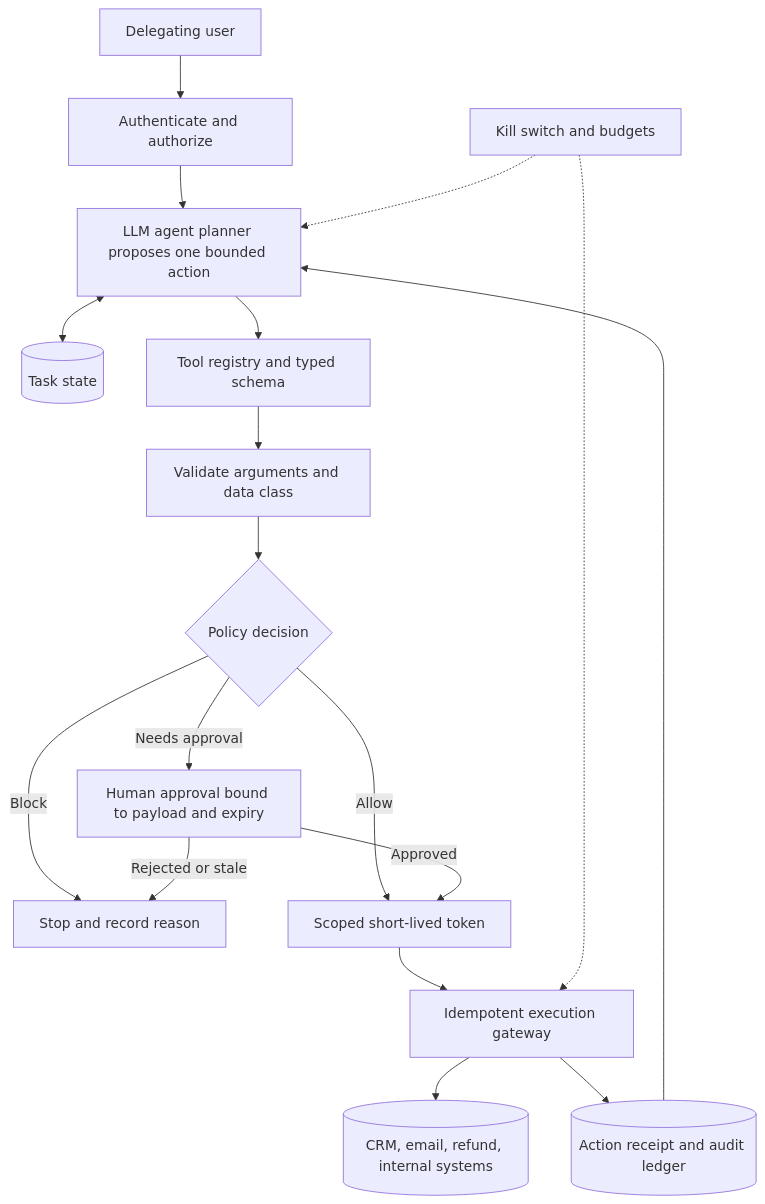
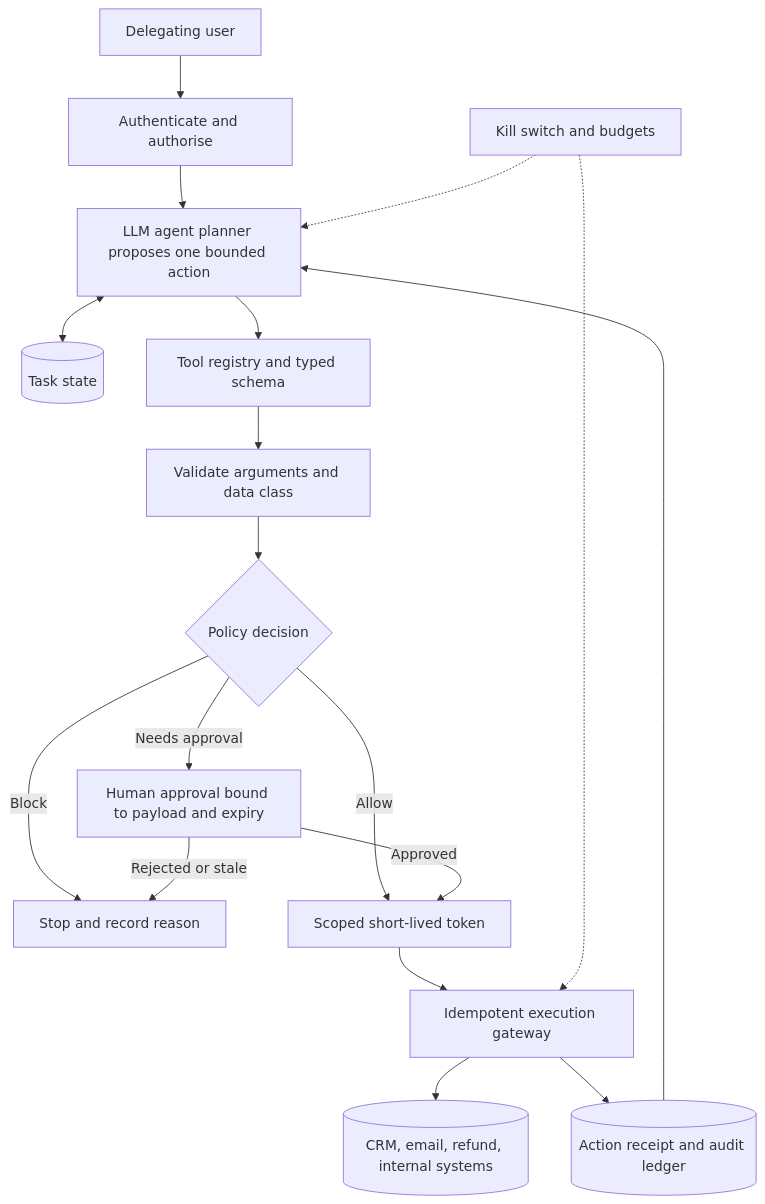
One commit to Sourav692/Forward-Deployed-Engineer-Interview-Prep changed the diagram in site/content/modules/15-fde-case-studies/agents-that-act/tool-using-agent-with-safety-controls/main.md. Above: the diagram before and after it, drawn with Mermaid. The commit also changed 191 other files, not shown here.

First line of the commit message:
content: British spellings inside diagrams (AF-06)

````diff
--- a/site/content/modules/15-fde-case-studies/agents-that-act/tool-using-agent-with-safety-controls/main.md
+++ b/site/content/modules/15-fde-case-studies/agents-that-act/tool-using-agent-with-safety-controls/main.md
@@ -97,20 +97,20 @@
 ```mermaid
 flowchart TB
-    USER[Delegating user] --> EDGE[Authenticate and authorize]
+    USER[Delegating user] --> EDGE[Authenticate and authorise]
     EDGE --> PLAN[LLM agent planner proposes one bounded action]
     PLAN <--> STATE[(Task state)]
     PLAN --> REG[Tool registry and typed schema]
     REG --> VALID[Validate arguments and data class]
     VALID --> PDP{Policy decision}
     PDP -->|Block| STOP[Stop and record reason]
     PDP -->|Needs approval| APR[Human approval bound to payload and expiry]
     PDP -->|Allow| BROKER[Scoped short-lived token]
     APR -->|Approved| BROKER
     APR -->|Rejected or stale| STOP
     BROKER --> GATE[Idempotent execution gateway]
     GATE --> SYS[(CRM, email, refund, internal systems)]
     GATE --> RECEIPT[(Action receipt and audit ledger)]
     RECEIPT --> PLAN
     KILL[Kill switch and budgets] -.-> PLAN
     KILL -.-> GATE
 ```
````
